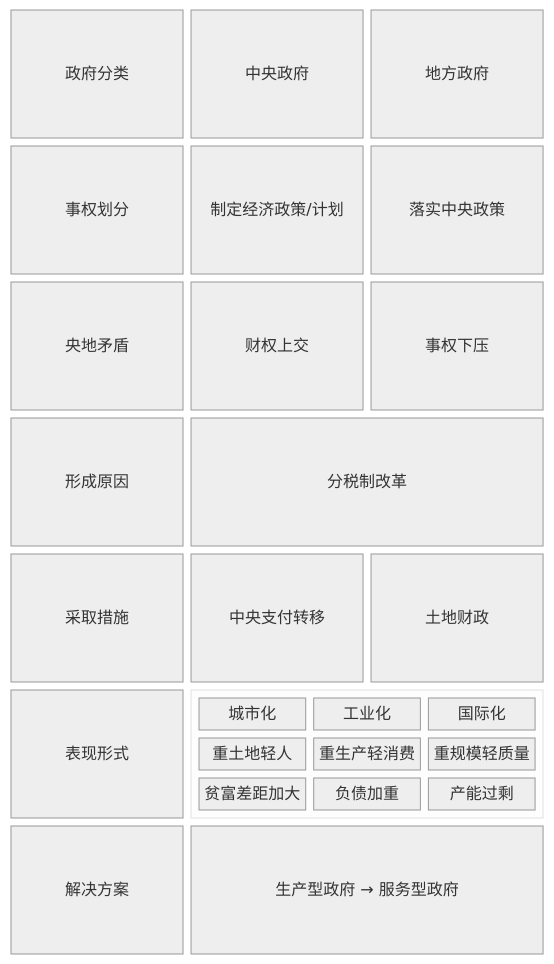
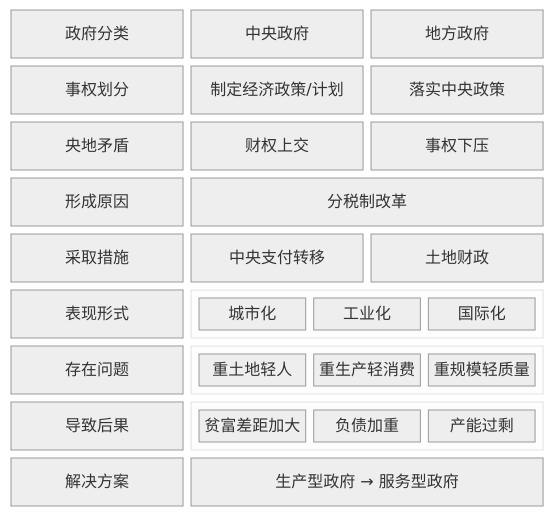
One commit to El25Aleph/_Aleph changed the first of 2 diagrams in docs/card-@置身事内-中国政府与经济发展模型.md. Above: the diagram before and after it, drawn with Mermaid.

````diff
--- a/docs/card-@置身事内-中国政府与经济发展模型.md
+++ b/docs/card-@置身事内-中国政府与经济发展模型.md
@@ -8,23 +8,31 @@
 ```mermaid
 ---
 config:
   theme: neutral
   look: neo
   layout: fixed
 ---
 block-beta
     columns 3
 政府分类 中央政府 地方政府
 事权划分 制定经济政策/计划 落实中央政策
 央地矛盾 财权上交 事权下压
 形成原因 分税制改革:2
 采取措施 中央支付转移 土地财政
 表现形式
     block:group1:2
     columns 3
     城市化 工业化 国际化
+    end
+存在问题
+    block:group2:2
+    columns 3
     重土地轻人 重生产轻消费 重规模轻质量
+    end
+导致后果
+    block:group3:2
+    columns 3
     贫富差距加大 负债加重 产能过剩 
     end
 解决方案 a["生产型政府 → 服务型政府"]:2
 ```
````
